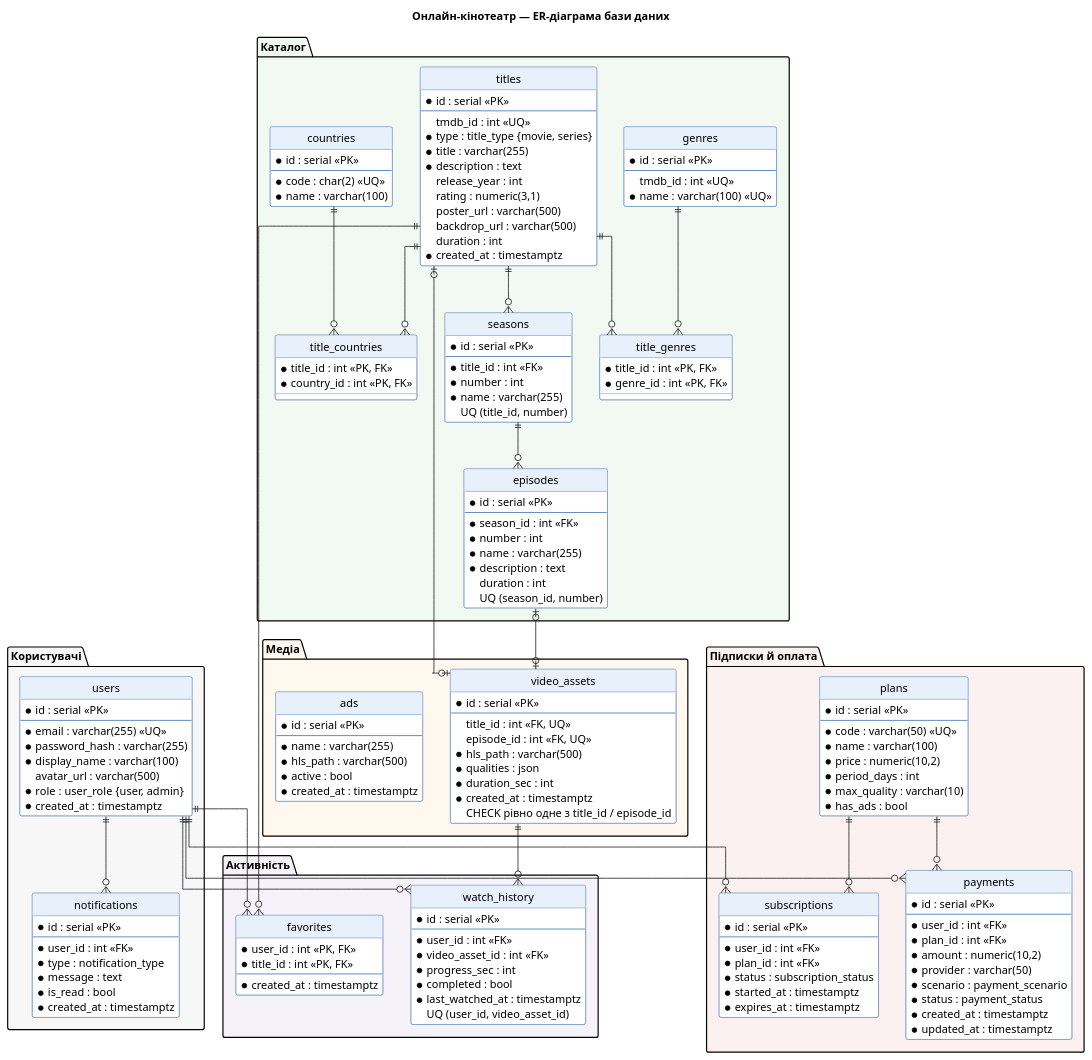
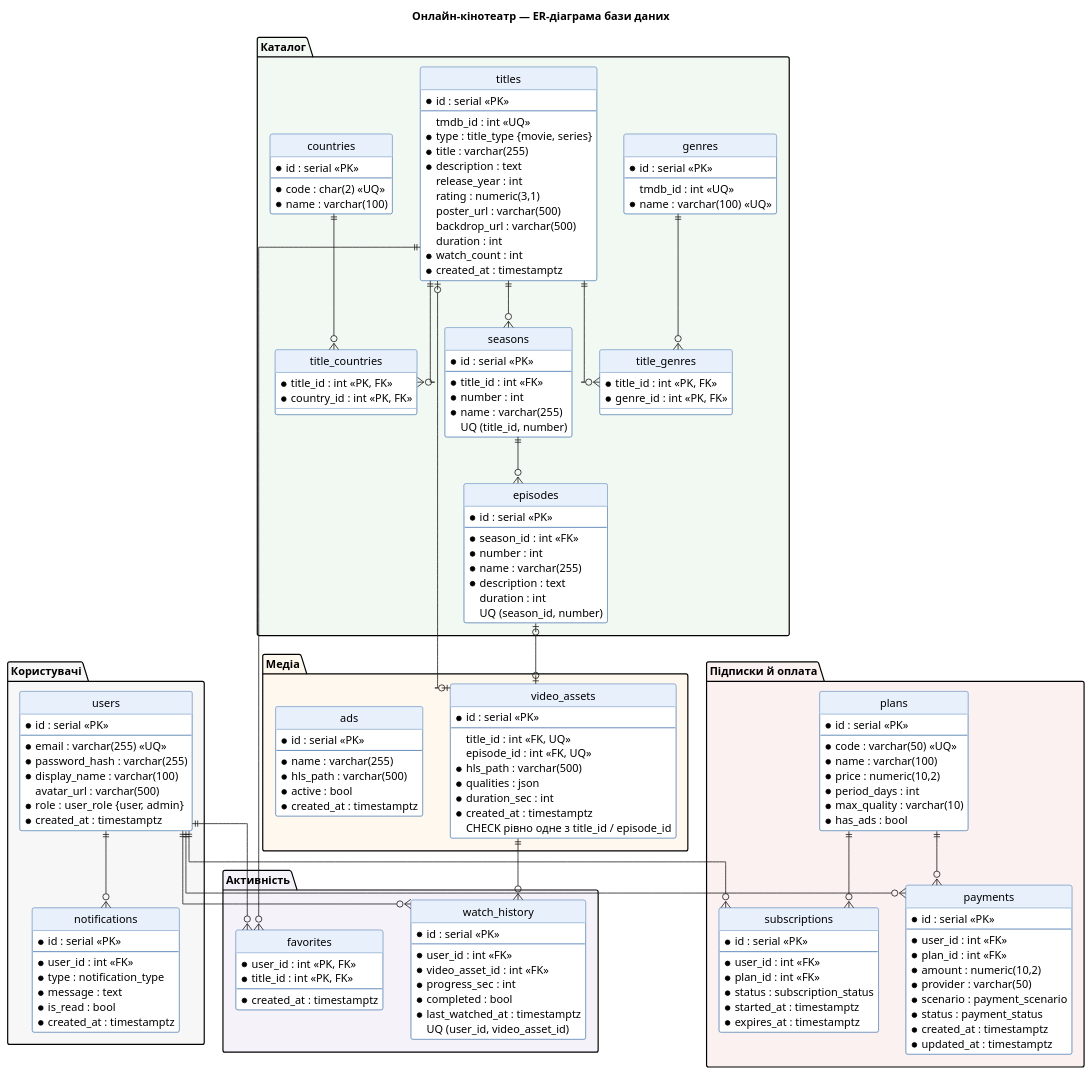
The diagram in docs/uml/er.puml (Mamchurmax/online-cinema-coursework), drawn with PlantUML before and after one commit. The commit also changed 5 other files, not shown here.

Commit message:
docs(uml): add Observer, Factory Method and State to class diagram, payment sequence diagram

```diff
--- a/docs/uml/er.puml
+++ b/docs/uml/er.puml
@@ -1,198 +1,199 @@
 @startuml er
 title Онлайн-кінотеатр — ER-діаграма бази даних
 
 hide circle
 skinparam linetype ortho
 skinparam class {
   BackgroundColor #FFFFFF
   BorderColor #3B6EA8
   HeaderBackgroundColor #E8F0FB
 }
 
 ' PK — первинний ключ, FK — зовнішній ключ, UQ — унікальне значення
 
 package "Користувачі" #F7F7F7 {
   entity users {
     * id : serial <<PK>>
     --
     * email : varchar(255) <<UQ>>
     * password_hash : varchar(255)
     * display_name : varchar(100)
     avatar_url : varchar(500)
     * role : user_role {user, admin}
     * created_at : timestamptz
   }
 
   entity notifications {
     * id : serial <<PK>>
     --
     * user_id : int <<FK>>
     * type : notification_type
     * message : text
     * is_read : bool
     * created_at : timestamptz
   }
 }
 
 package "Каталог" #F2F8F2 {
   entity titles {
     * id : serial <<PK>>
     --
     tmdb_id : int <<UQ>>
     * type : title_type {movie, series}
     * title : varchar(255)
     * description : text
     release_year : int
     rating : numeric(3,1)
     poster_url : varchar(500)
     backdrop_url : varchar(500)
     duration : int
+    * watch_count : int
     * created_at : timestamptz
   }
 
   entity genres {
     * id : serial <<PK>>
     --
     tmdb_id : int <<UQ>>
     * name : varchar(100) <<UQ>>
   }
 
   entity countries {
     * id : serial <<PK>>
     --
     * code : char(2) <<UQ>>
     * name : varchar(100)
   }
 
   entity title_genres {
     * title_id : int <<PK, FK>>
     * genre_id : int <<PK, FK>>
   }
 
   entity title_countries {
     * title_id : int <<PK, FK>>
     * country_id : int <<PK, FK>>
   }
 
   entity seasons {
     * id : serial <<PK>>
     --
     * title_id : int <<FK>>
     * number : int
     * name : varchar(255)
     UQ (title_id, number)
   }
 
   entity episodes {
     * id : serial <<PK>>
     --
     * season_id : int <<FK>>
     * number : int
     * name : varchar(255)
     * description : text
     duration : int
     UQ (season_id, number)
   }
 }
 
 package "Медіа" #FFF8EE {
   entity video_assets {
     * id : serial <<PK>>
     --
     title_id : int <<FK, UQ>>
     episode_id : int <<FK, UQ>>
     * hls_path : varchar(500)
     * qualities : json
     * duration_sec : int
     * created_at : timestamptz
     CHECK рівно одне з title_id / episode_id
   }
 
   entity ads {
     * id : serial <<PK>>
     --
     * name : varchar(255)
     * hls_path : varchar(500)
     * active : bool
     * created_at : timestamptz
   }
 }
 
 package "Активність" #F5F2FA {
   entity watch_history {
     * id : serial <<PK>>
     --
     * user_id : int <<FK>>
     * video_asset_id : int <<FK>>
     * progress_sec : int
     * completed : bool
     * last_watched_at : timestamptz
     UQ (user_id, video_asset_id)
   }
 
   entity favorites {
     * user_id : int <<PK, FK>>
     * title_id : int <<PK, FK>>
     --
     * created_at : timestamptz
   }
 }
 
 package "Підписки й оплата" #FBF1F1 {
   entity plans {
     * id : serial <<PK>>
     --
     * code : varchar(50) <<UQ>>
     * name : varchar(100)
     * price : numeric(10,2)
     * period_days : int
     * max_quality : varchar(10)
     * has_ads : bool
   }
 
   entity subscriptions {
     * id : serial <<PK>>
     --
     * user_id : int <<FK>>
     * plan_id : int <<FK>>
     * status : subscription_status
     * started_at : timestamptz
     * expires_at : timestamptz
   }
 
   entity payments {
     * id : serial <<PK>>
     --
     * user_id : int <<FK>>
     * plan_id : int <<FK>>
     * amount : numeric(10,2)
     * provider : varchar(50)
     * scenario : payment_scenario
     * status : payment_status
     * created_at : timestamptz
     * updated_at : timestamptz
   }
 }
 
 users ||--o{ notifications
 users ||--o{ subscriptions
 users ||--o{ payments
 users ||--o{ watch_history
 users ||--o{ favorites
 
 titles ||--o{ title_genres
 genres ||--o{ title_genres
 titles ||--o{ title_countries
 countries ||--o{ title_countries
 titles ||--o{ seasons
 seasons ||--o{ episodes
 titles ||--o{ favorites
 
 titles |o--o| video_assets
 episodes |o--o| video_assets
 video_assets ||--o{ watch_history
 
 plans ||--o{ subscriptions
 plans ||--o{ payments
 
 @enduml
```
